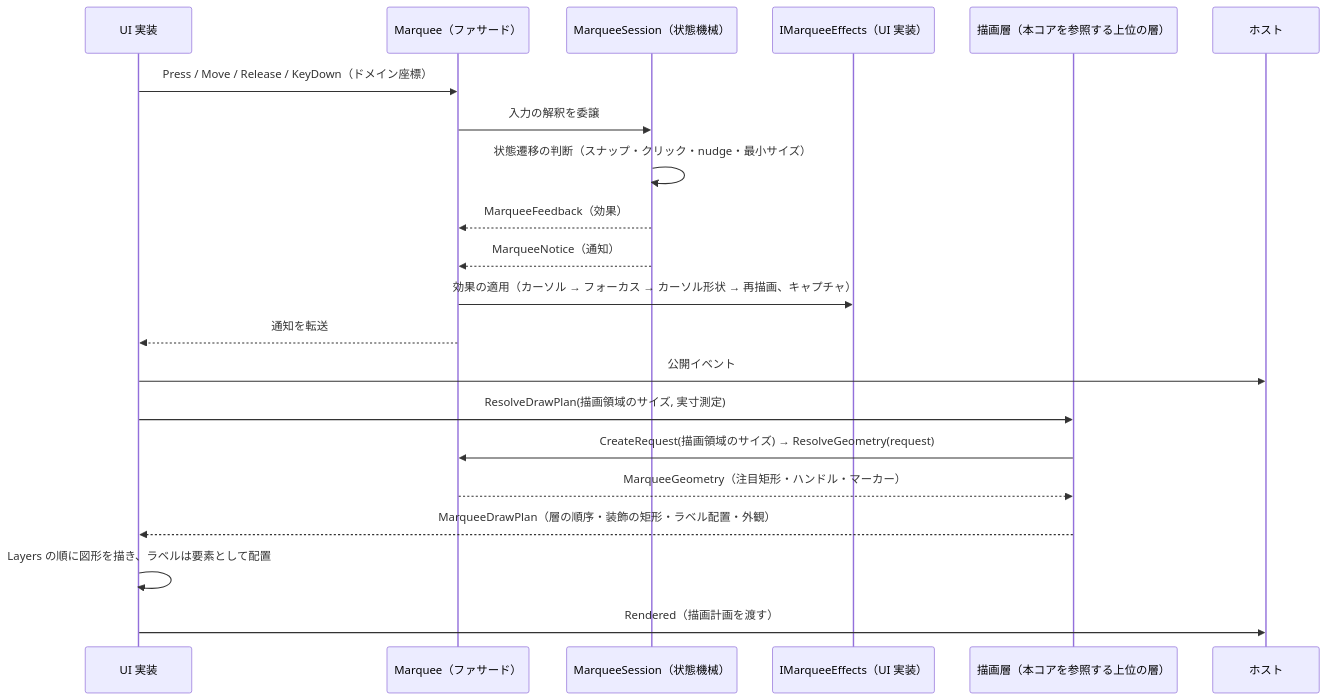
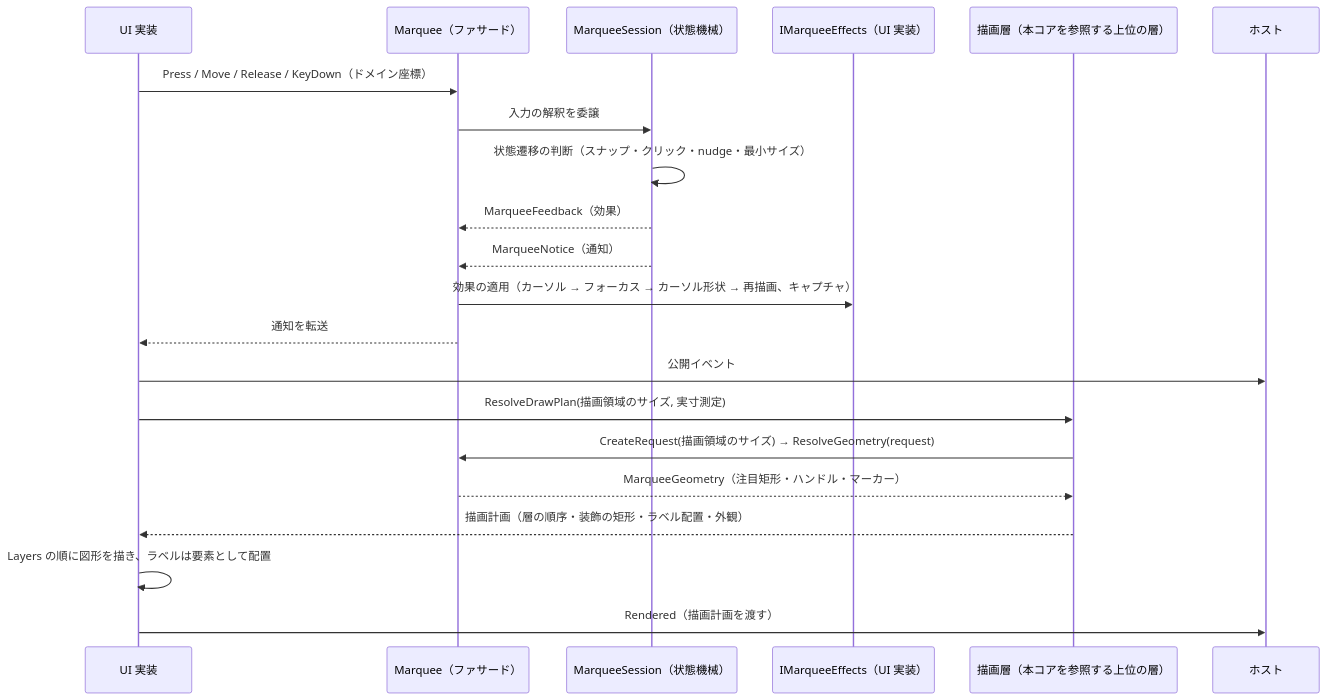
One commit to tomokuni/SaveEvidence changed the first of 2 diagrams in src/Feature.Marquee.Core/docs/SPEC_System.md. Above: the diagram before and after it, drawn with Mermaid. The commit also changed other lines of this file and 11 other files, not shown here.

````diff
--- a/src/Feature.Marquee.Core/docs/SPEC_System.md
+++ b/src/Feature.Marquee.Core/docs/SPEC_System.md
@@ -46,24 +46,24 @@
 ```mermaid
 sequenceDiagram
     participant UI as UI 実装
     participant M as Marquee（ファサード）
     participant S as MarqueeSession（状態機械）
     participant E as IMarqueeEffects（UI 実装）
     participant P as 描画層（本コアを参照する上位の層）
     participant H as ホスト
 
     UI->>M: Press / Move / Release / KeyDown（ドメイン座標）
     M->>S: 入力の解釈を委譲
     S->>S: 状態遷移の判断（スナップ・クリック・nudge・最小サイズ）
     S-->>M: MarqueeFeedback（効果）
     S-->>M: MarqueeNotice（通知）
     M->>E: 効果の適用（カーソル → フォーカス → カーソル形状 → 再描画、キャプチャ）
     M-->>UI: 通知を転送
     UI->>H: 公開イベント
     UI->>P: ResolveDrawPlan(描画領域のサイズ, 実寸測定)
     P->>M: CreateRequest(描画領域のサイズ) → ResolveGeometry(request)
     M-->>P: MarqueeGeometry（注目矩形・ハンドル・マーカー）
-    P-->>UI: MarqueeDrawPlan（層の順序・装飾の矩形・ラベル配置・外観）
+    P-->>UI: 描画計画（層の順序・装飾の矩形・ラベル配置・外観）
     UI->>UI: Layers の順に図形を描き、ラベルは要素として配置
     UI->>H: Rendered（描画計画を渡す）
 ```
````
